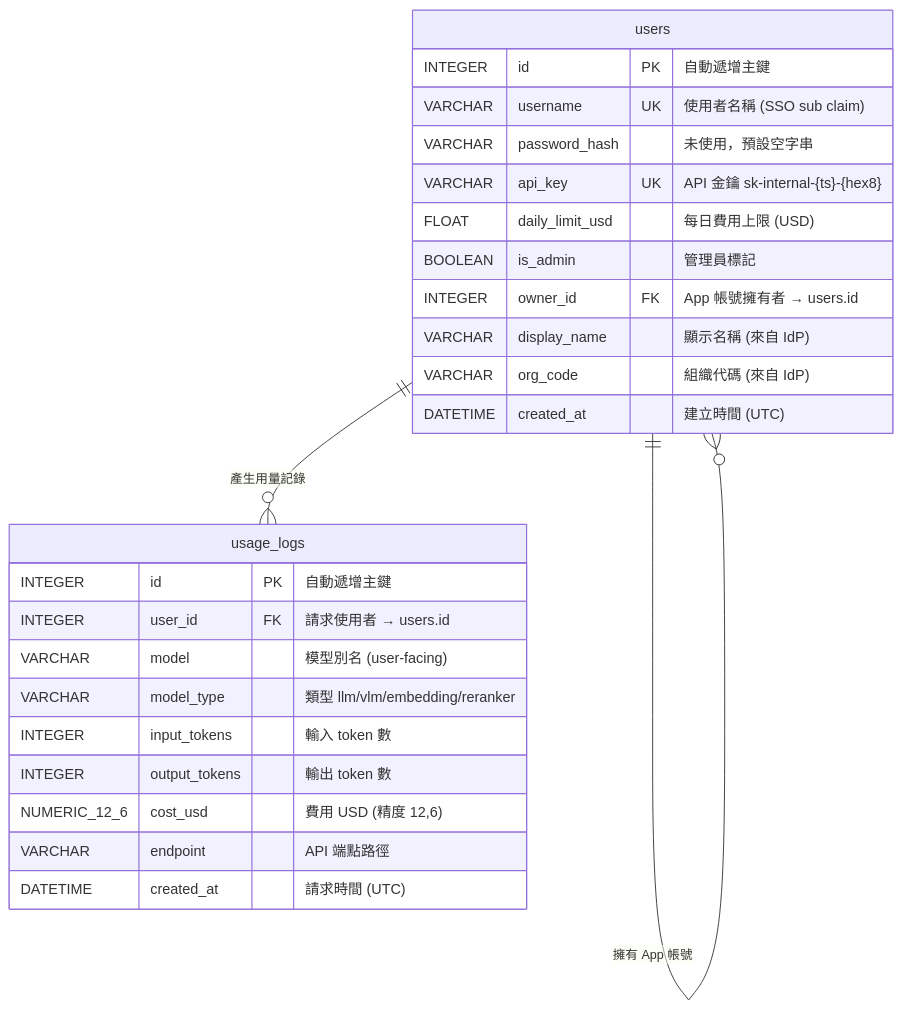
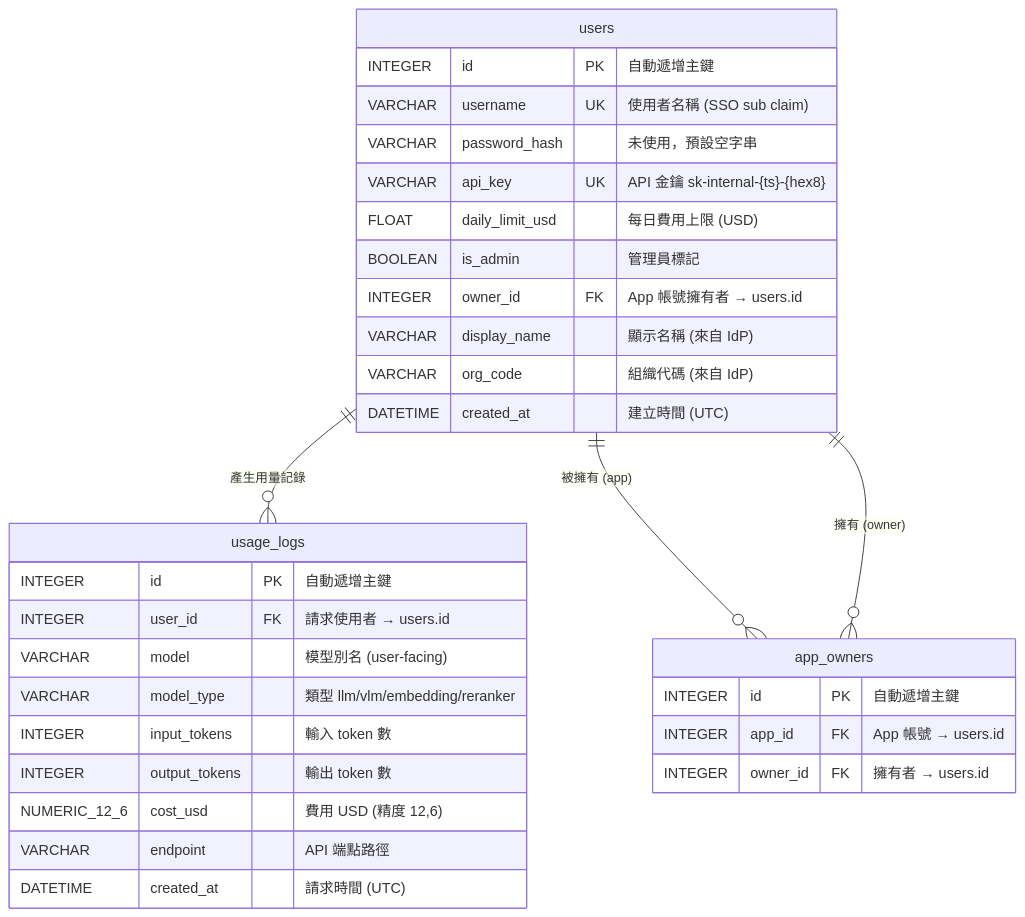
One commit to bwinken/llm-gateway changed the first of 3 diagrams in app/models/README.md. Above: the diagram before and after it, drawn with Mermaid. The commit also changed other lines of this file and 5 other files, not shown here.

````diff
--- a/app/models/README.md
+++ b/app/models/README.md
@@ -13,30 +13,37 @@
 ```mermaid
 erDiagram
     users {
         INTEGER id PK "自動遞增主鍵"
         VARCHAR username UK "使用者名稱 (SSO sub claim)"
         VARCHAR password_hash "未使用，預設空字串"
         VARCHAR api_key UK "API 金鑰 sk-internal-{ts}-{hex8}"
         FLOAT daily_limit_usd "每日費用上限 (USD)"
         BOOLEAN is_admin "管理員標記"
         INTEGER owner_id FK "App 帳號擁有者 → users.id"
         VARCHAR display_name "顯示名稱 (來自 IdP)"
         VARCHAR org_code "組織代碼 (來自 IdP)"
         DATETIME created_at "建立時間 (UTC)"
     }
 
     usage_logs {
         INTEGER id PK "自動遞增主鍵"
         INTEGER user_id FK "請求使用者 → users.id"
         VARCHAR model "模型別名 (user-facing)"
         VARCHAR model_type "類型 llm/vlm/embedding/reranker"
         INTEGER input_tokens "輸入 token 數"
         INTEGER output_tokens "輸出 token 數"
         NUMERIC_12_6 cost_usd "費用 USD (精度 12,6)"
         VARCHAR endpoint "API 端點路徑"
         DATETIME created_at "請求時間 (UTC)"
     }
 
+    app_owners {
+        INTEGER id PK "自動遞增主鍵"
+        INTEGER app_id FK "App 帳號 → users.id"
+        INTEGER owner_id FK "擁有者 → users.id"
+    }
+
     users ||--o{ usage_logs : "產生用量記錄"
-    users ||--o{ users : "擁有 App 帳號"
+    users ||--o{ app_owners : "被擁有 (app)"
+    users ||--o{ app_owners : "擁有 (owner)"
 ```
````
